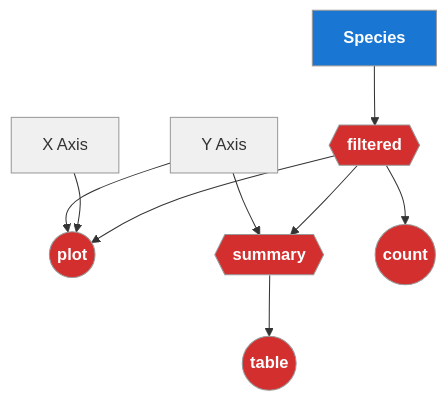
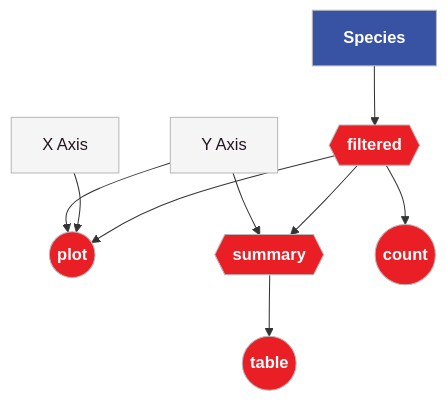
One commit to chendaniely/scipy-2026-shiny changed the eighth of 8 diagrams in website/slides/04-reactivity.qmd. Above: the diagram before and after it, drawn with Mermaid. The commit also changed other lines of this file and 51 other files, not shown here.

````diff
--- a/website/slides/04-reactivity.qmd
+++ b/website/slides/04-reactivity.qmd
@@ -302,17 +302,17 @@
 ```{mermaid}
 %%| fig-width: 4
 flowchart TD
   Sp[Species]:::active --> Fi{{filtered}}:::invalid
   Y[Y Axis] --> Pl((plot)):::invalid
   X[X Axis] --> Pl
   Y --> Su{{summary}}:::invalid
   Fi --> Pl
   Fi --> Co((count)):::invalid
   Fi --> Su
   Su --> Ta((table)):::invalid
 
-  classDef default fill:#f0f0f0,color:#333333,stroke:#999999
-  classDef active fill:#1976D2,color:#FFFFFF,font-weight:bold
-  classDef invalid fill:#D32F2F,color:#FFFFFF,font-weight:bold
-  classDef cached fill:#7B1FA2,color:#FFFFFF,font-weight:bold
+  classDef default fill:#F5F5F5,color:#231522,stroke:#B8B8B8
+  classDef active fill:#3853A3,color:#FFFFFF,font-weight:bold
+  classDef invalid fill:#EA1F26,color:#FFFFFF,font-weight:bold
+  classDef cached fill:#86BAE4,color:#231522,font-weight:bold
 ```
````
